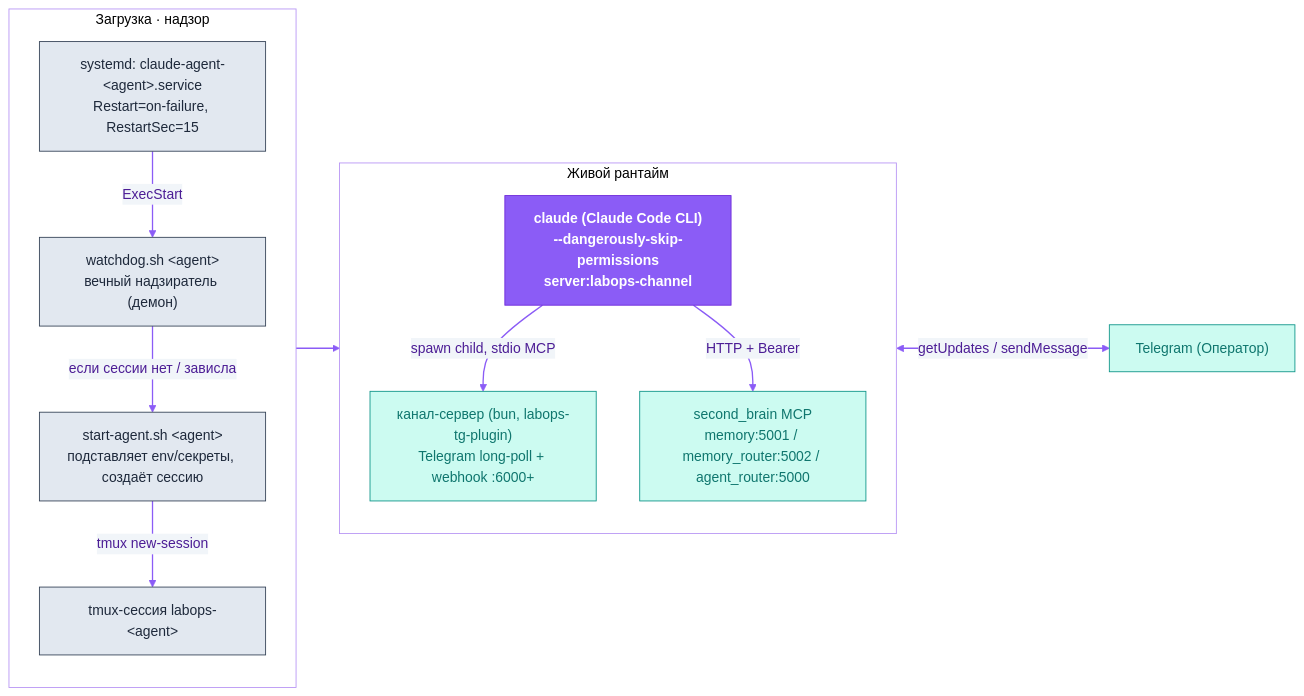
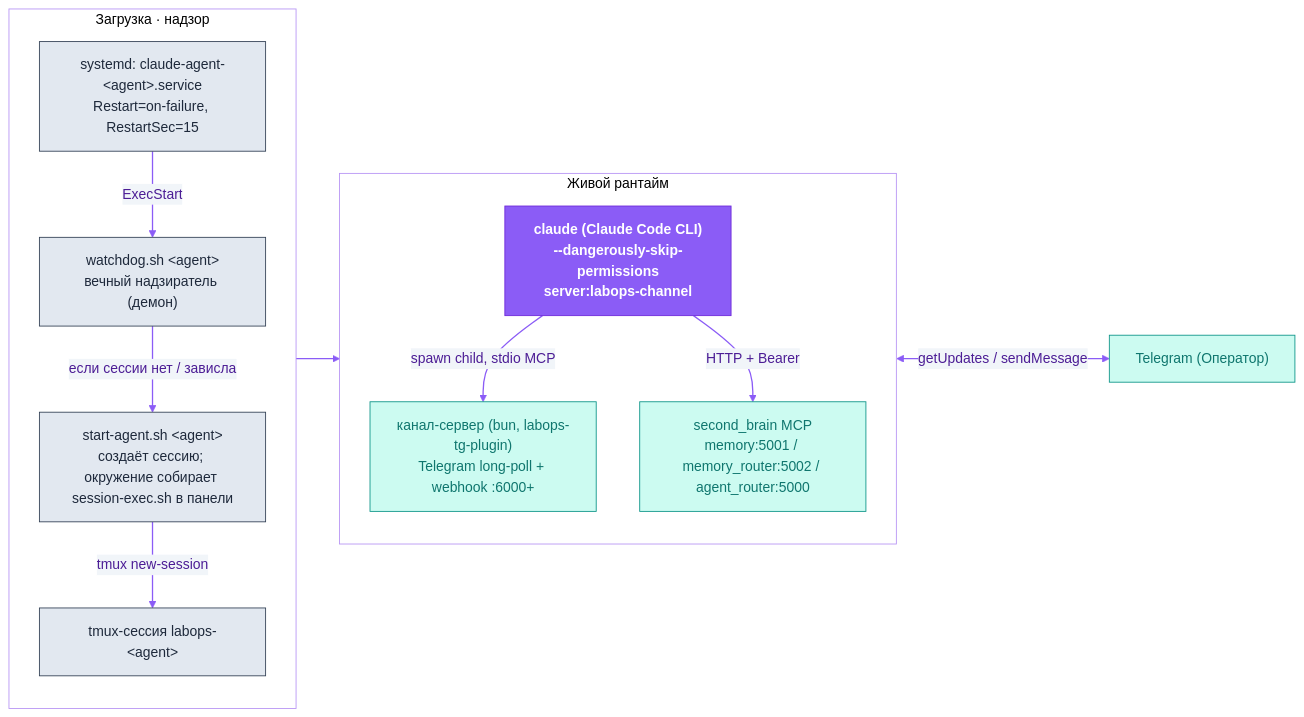
The second of 4 diagrams in agent-architecture/README.ru.md (dediukhinpa/labops-ai-assistant), drawn with Mermaid before and after one commit. The commit also changed other lines of this file and 7 other files, not shown here.

Commit message:
Assemble agent session env inside the tmux pane instead of passing it as flags

````diff
--- a/agent-architecture/README.ru.md
+++ b/agent-architecture/README.ru.md
@@ -131,32 +131,32 @@
 ```mermaid
 %%{init: {'theme':'base','themeVariables':{'primaryColor':'#EDE9FE','primaryTextColor':'#4C1D95','primaryBorderColor':'#8B5CF6','lineColor':'#8B5CF6','secondaryColor':'#F1F5F9','tertiaryColor':'#ffffff','clusterBkg':'transparent','clusterBorder':'#B794F4','fontFamily':'Helvetica,Arial,sans-serif'}}}%%
 flowchart LR
   subgraph boot["Загрузка · надзор"]
     direction TB
     SD["systemd: claude-agent-&lt;agent&gt;.service<br/>Restart=on-failure, RestartSec=15"]
     WD["watchdog.sh &lt;agent&gt;<br/>вечный надзиратель (демон)"]
-    SA["start-agent.sh &lt;agent&gt;<br/>подставляет env/секреты, создаёт сессию"]
+    SA["start-agent.sh &lt;agent&gt;<br/>создаёт сессию; окружение собирает session-exec.sh в панели"]
     TM["tmux-сессия labops-&lt;agent&gt;"]
     SD -->|ExecStart| WD
     WD -->|если сессии нет / зависла| SA
     SA -->|tmux new-session| TM
   end
   subgraph live["Живой рантайм"]
     direction TB
     CC["claude (Claude Code CLI)<br/>--dangerously-skip-permissions<br/>server:labops-channel"]
     BUN["канал-сервер (bun, labops-tg-plugin)<br/>Telegram long-poll + webhook :6000+"]
     SB["second_brain MCP<br/>memory:5001 / memory_router:5002 / agent_router:5000"]
   end
   TM --> CC
   CC -->|spawn child, stdio MCP| BUN
   CC -->|HTTP + Bearer| SB
   BUN <-->|getUpdates / sendMessage| TG["Telegram (Оператор)"]
   classDef brand fill:#8B5CF6,stroke:#6D28D9,color:#ffffff,font-weight:bold
   classDef ext fill:#CCFBF1,stroke:#0D9488,color:#0F766E
   classDef store fill:#FEF3C7,stroke:#D97706,color:#92400E
   classDef sys fill:#E2E8F0,stroke:#334155,color:#1E293B
   linkStyle default stroke:#8B5CF6,stroke-width:1.5px
   class CC brand
   class SD,WD,SA,TM sys
   class BUN,SB,TG ext
 ```
````
